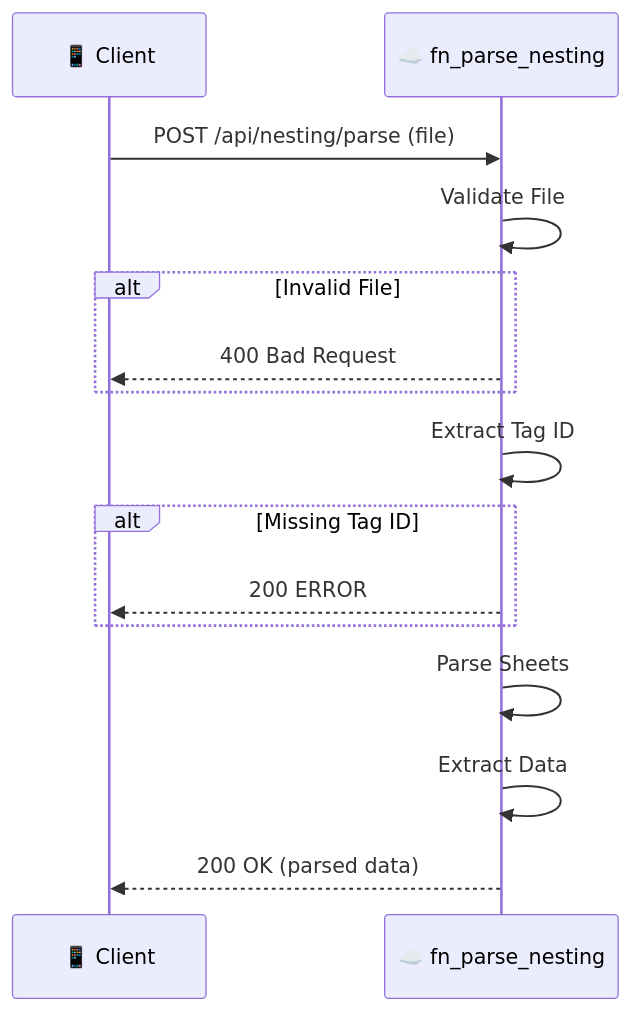
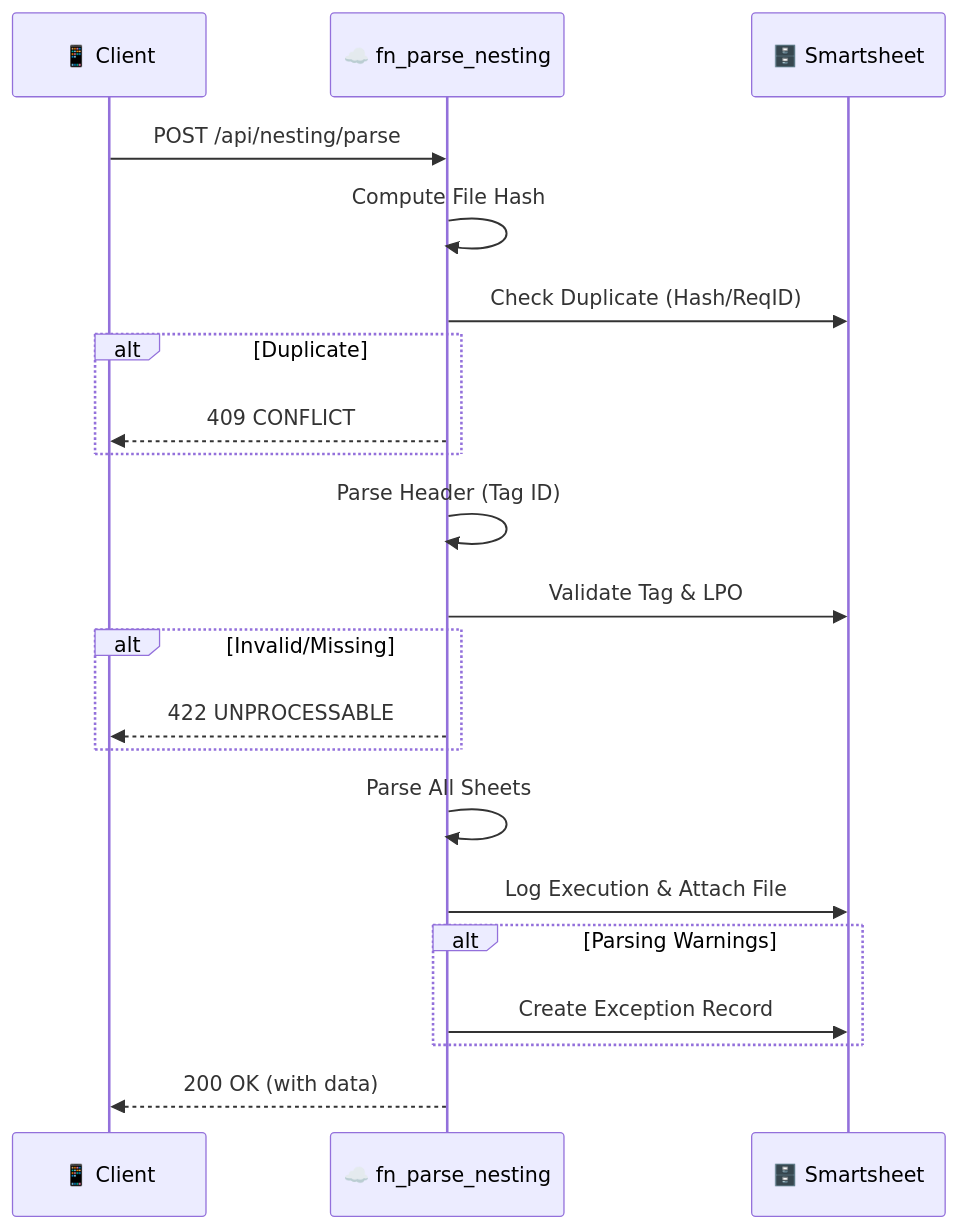
Before and after one commit to ahuraira/smartsheet-manufacturing-ops: the fourth of 5 diagrams in docs/reference/api_reference.md, drawn with Mermaid. The commit also changed other lines of this file and 42 other files, not shown here.

````diff
--- a/docs/reference/api_reference.md
+++ b/docs/reference/api_reference.md
@@ -715,21 +737,29 @@
 ```mermaid
 sequenceDiagram
     participant C as 📱 Client
     participant F as ☁️ fn_parse_nesting
+    participant DB as 🗄️ Smartsheet
     
-    C->>F: POST /api/nesting/parse (file)
+    C->>F: POST /api/nesting/parse
     
-    F->>F: Validate File
-    alt Invalid File
-        F-->>C: 400 Bad Request
+    F->>F: Compute File Hash
+    F->>DB: Check Duplicate (Hash/ReqID)
+    alt Duplicate
+        F-->>C: 409 CONFLICT
     end
     
-    F->>F: Extract Tag ID
-    alt Missing Tag ID
-        F-->>C: 200 ERROR
+    F->>F: Parse Header (Tag ID)
+    F->>DB: Validate Tag & LPO
+    alt Invalid/Missing
+        F-->>C: 422 UNPROCESSABLE
     end
     
-    F->>F: Parse Sheets
-    F->>F: Extract Data
-    F-->>C: 200 OK (parsed data)
+    F->>F: Parse All Sheets
+    F->>DB: Log Execution & Attach File
+    
+    alt Parsing Warnings
+        F->>DB: Create Exception Record
+    end
+    
+    F-->>C: 200 OK (with data)
 ```
````
